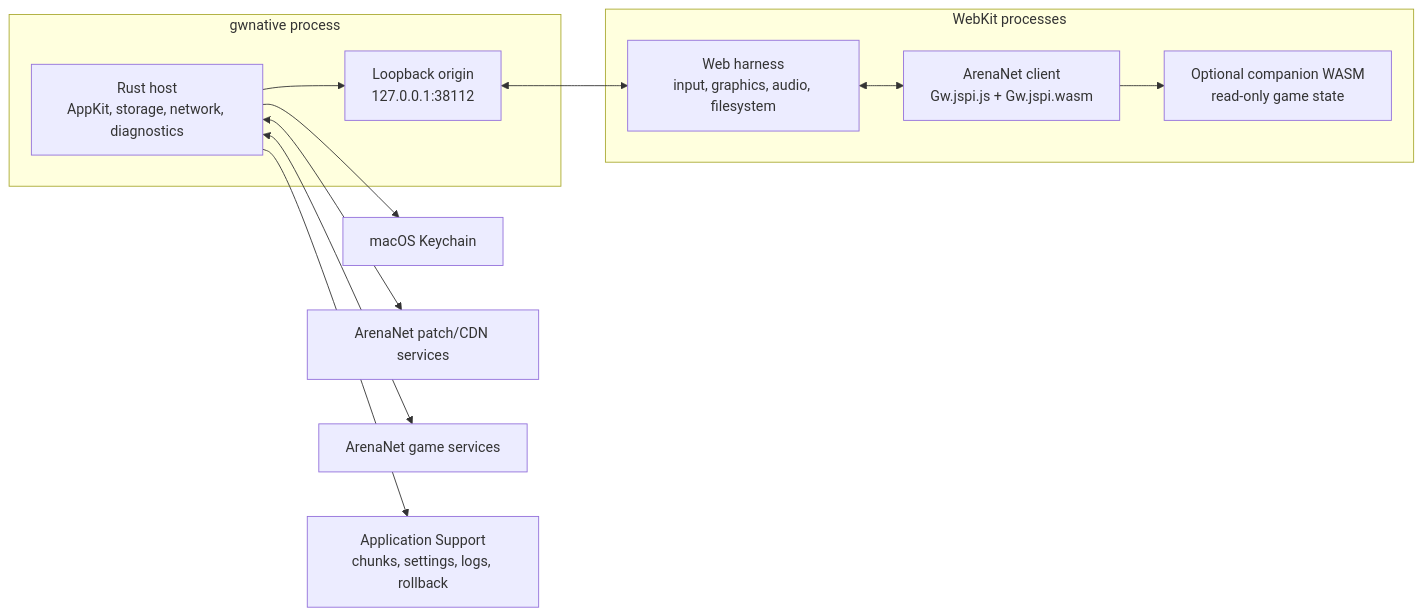
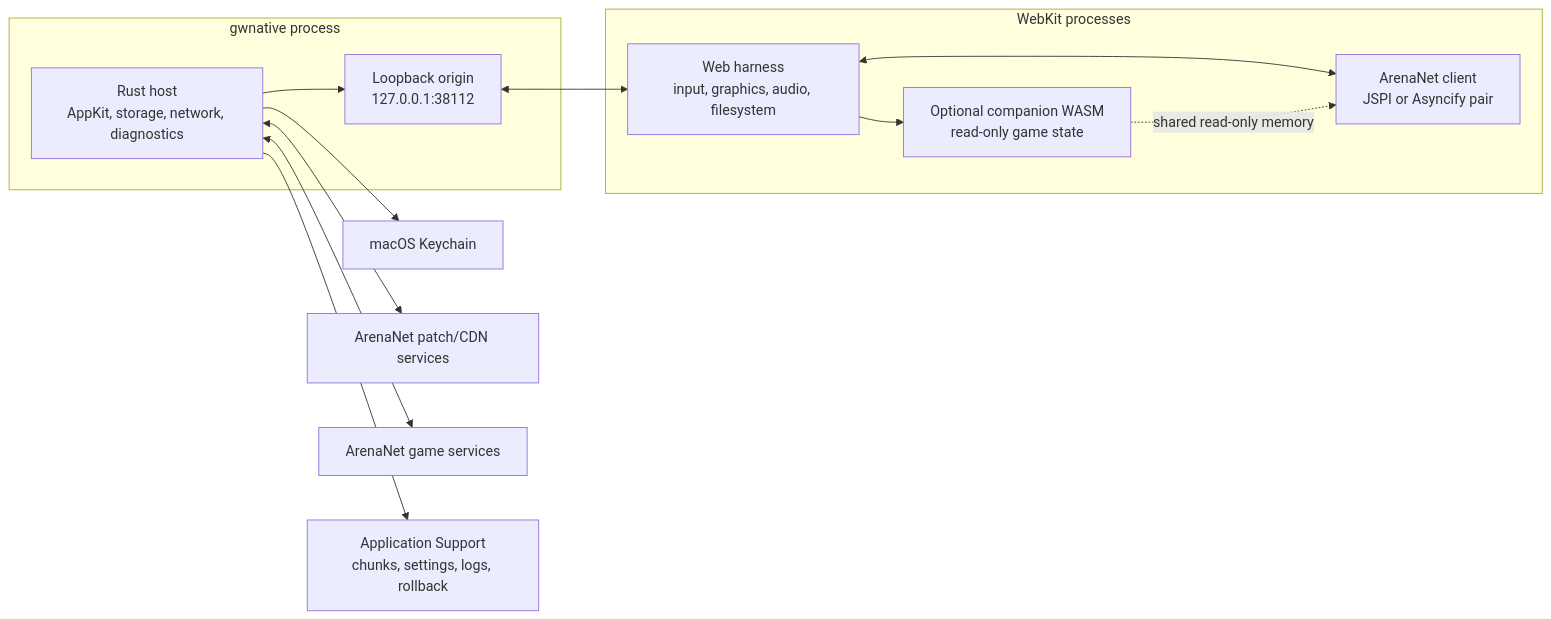
The diagram in docs/architecture.md (jean-humann/gwnative), drawn with Mermaid before and after one commit. The commit also changed other lines of this file and 36 other files, not shown here.

Commit message:
feat: certify JSPI and Asyncify build families

````diff
--- a/docs/architecture.md
+++ b/docs/architecture.md
@@ -9,22 +9,23 @@
 ```mermaid
 flowchart LR
     subgraph App["gwnative process"]
         Native["Rust host\nAppKit, storage, network, diagnostics"]
         Origin["Loopback origin\n127.0.0.1:38112"]
         Native --> Origin
     end
 
     subgraph WebKit["WebKit processes"]
         Harness["Web harness\ninput, graphics, audio, filesystem"]
-        Client["ArenaNet client\nGw.jspi.js + Gw.jspi.wasm"]
+        Client["ArenaNet client\nJSPI or Asyncify pair"]
         Companion["Optional companion WASM\nread-only game state"]
         Harness <--> Client
-        Client --> Companion
+        Harness --> Companion
+        Companion -. "shared read-only memory" .-> Client
     end
 
     Origin <--> Harness
     Native --> Keychain["macOS Keychain"]
     Native <--> Patch["ArenaNet patch/CDN services"]
     Native <--> Game["ArenaNet game services"]
     Native --> Disk["Application Support\nchunks, settings, logs, rollback"]
 ```
````
